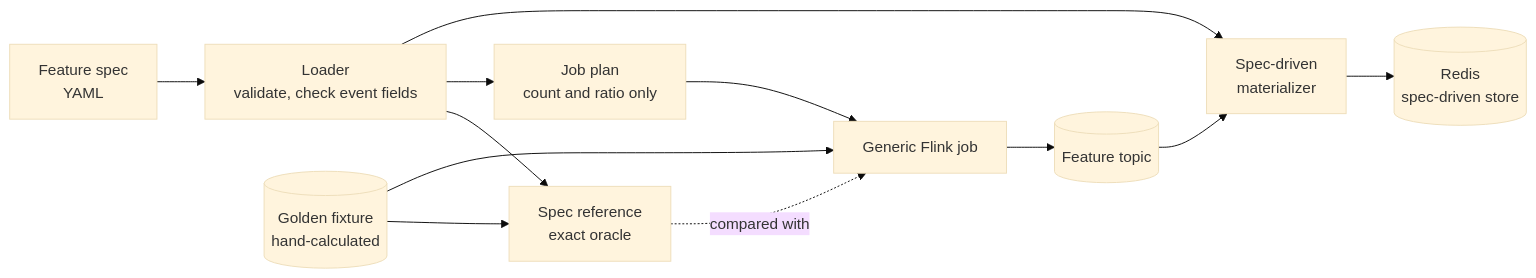
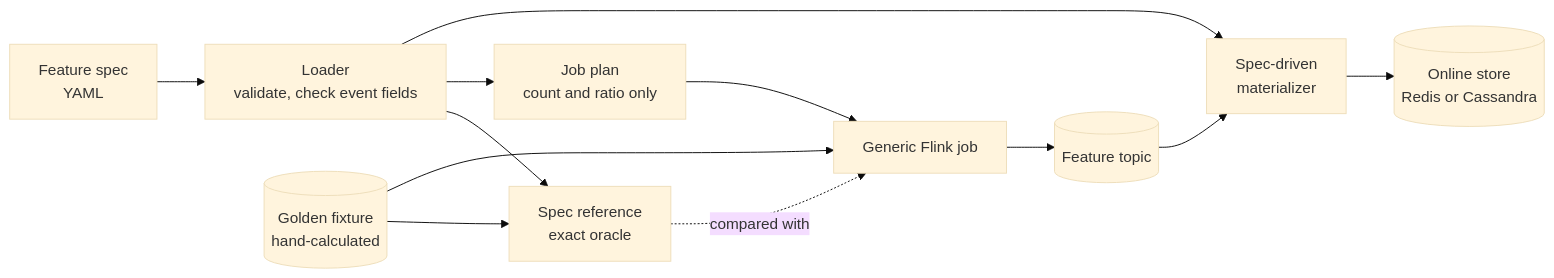
One commit to oster-dev/featureforge changed the sixth of 12 diagrams in ARCHITECTURE.md. Above: the diagram before and after it, drawn with Mermaid (base theme). The commit also changed other lines of this file and 20 other files, not shown here.

````diff
--- a/ARCHITECTURE.md
+++ b/ARCHITECTURE.md
@@ -246,14 +300,14 @@
 ```mermaid
 flowchart LR
     Y[Feature spec<br/>YAML] --> L[Loader<br/>validate, check event fields]
     L --> R[Spec reference<br/>exact oracle]
     L --> P[Job plan<br/>count and ratio only]
     P --> G[Generic Flink job]
     G --> T[(Feature topic)]
     T --> MS[Spec-driven<br/>materializer]
     L --> MS
-    MS --> RS[(Redis<br/>spec-driven store)]
+    MS --> RS[(Online store<br/>Redis or Cassandra)]
     FX[(Golden fixture<br/>hand-calculated)] --> R
     FX --> G
     R -.->|compared with| G
 ```
````
